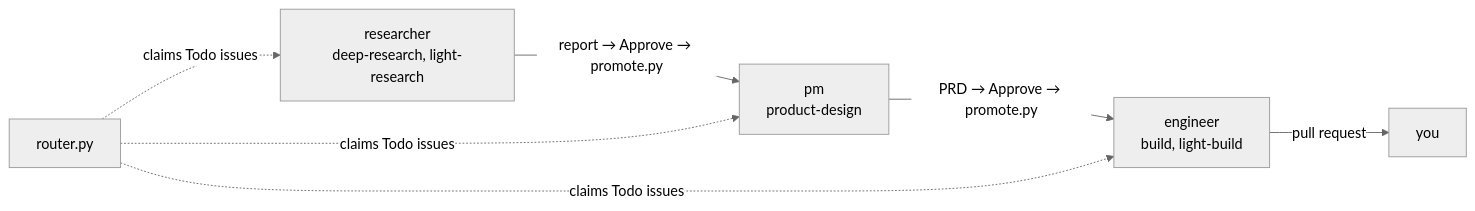
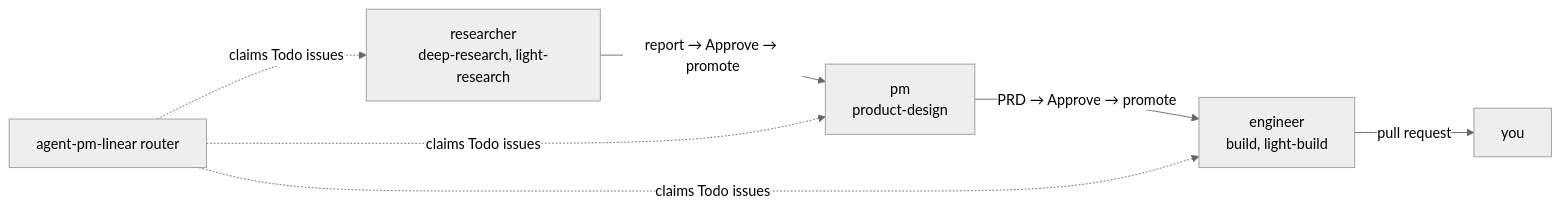
The first of 4 diagrams in README.md (ophis/agent-pm), drawn with Mermaid (neutral theme) before and after one commit. The commit also changed other lines of this file and 55 other files, not shown here.

First line of the commit message:
TASK-374: re-architecture 356-13: router 只触发 删 run.py agent-pm-linear 命令 (#250)

````diff
--- a/README.md
+++ b/README.md
@@ -7,6 +7,6 @@
 ```mermaid
 flowchart LR
-    R["researcher<br>deep-research, light-research"] -->|"report → Approve → promote.py"| P["pm<br>product-design"]
-    P -->|"PRD → Approve → promote.py"| E["engineer<br>build, light-build"] -->|pull request| Y[you]
-    T[router.py] -.->|claims Todo issues| R & P & E
+    R["researcher<br>deep-research, light-research"] -->|"report → Approve → promote"| P["pm<br>product-design"]
+    P -->|"PRD → Approve → promote"| E["engineer<br>build, light-build"] -->|pull request| Y[you]
+    T[agent-pm-linear router] -.->|claims Todo issues| R & P & E
 ```
````
